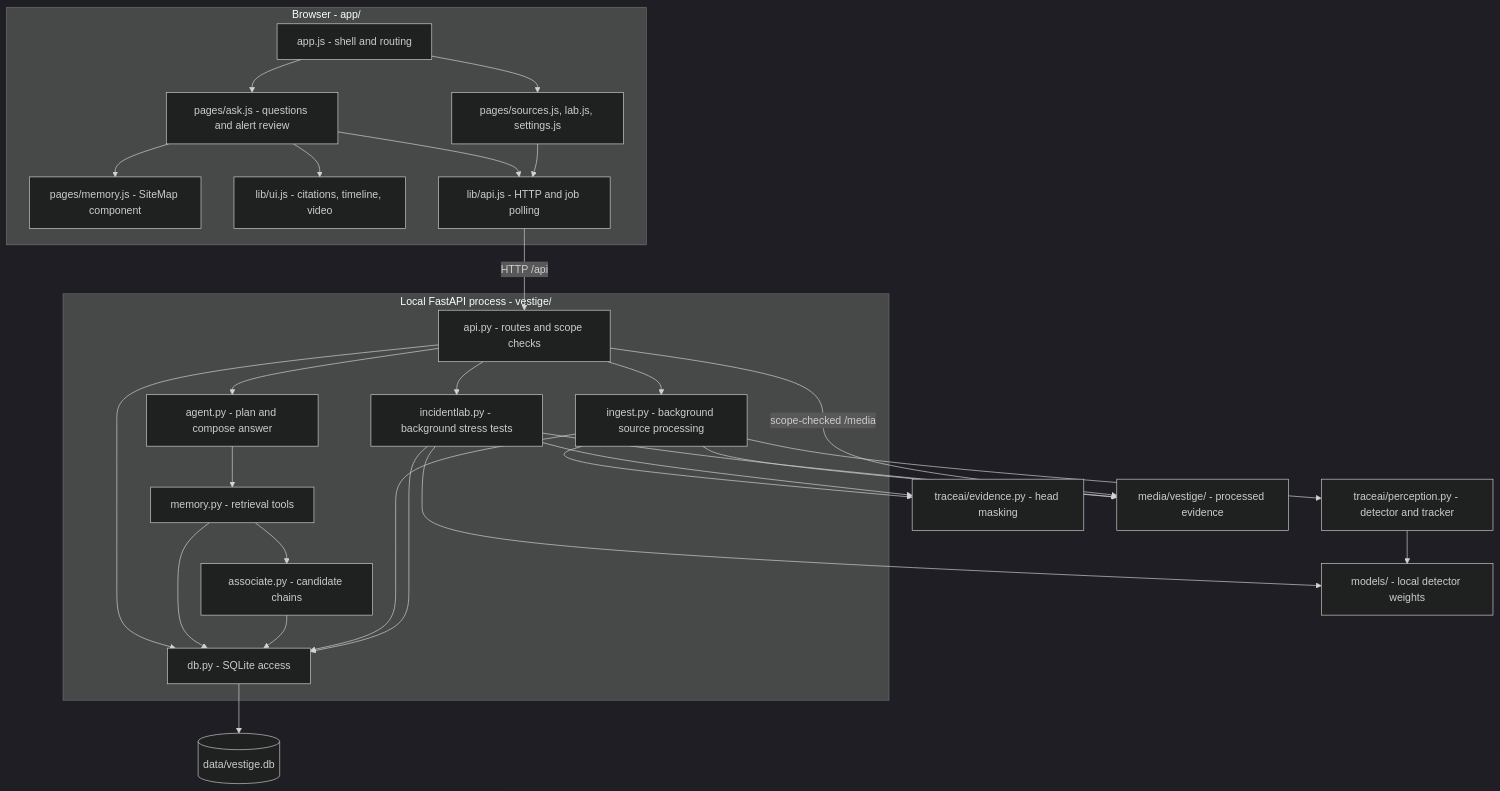
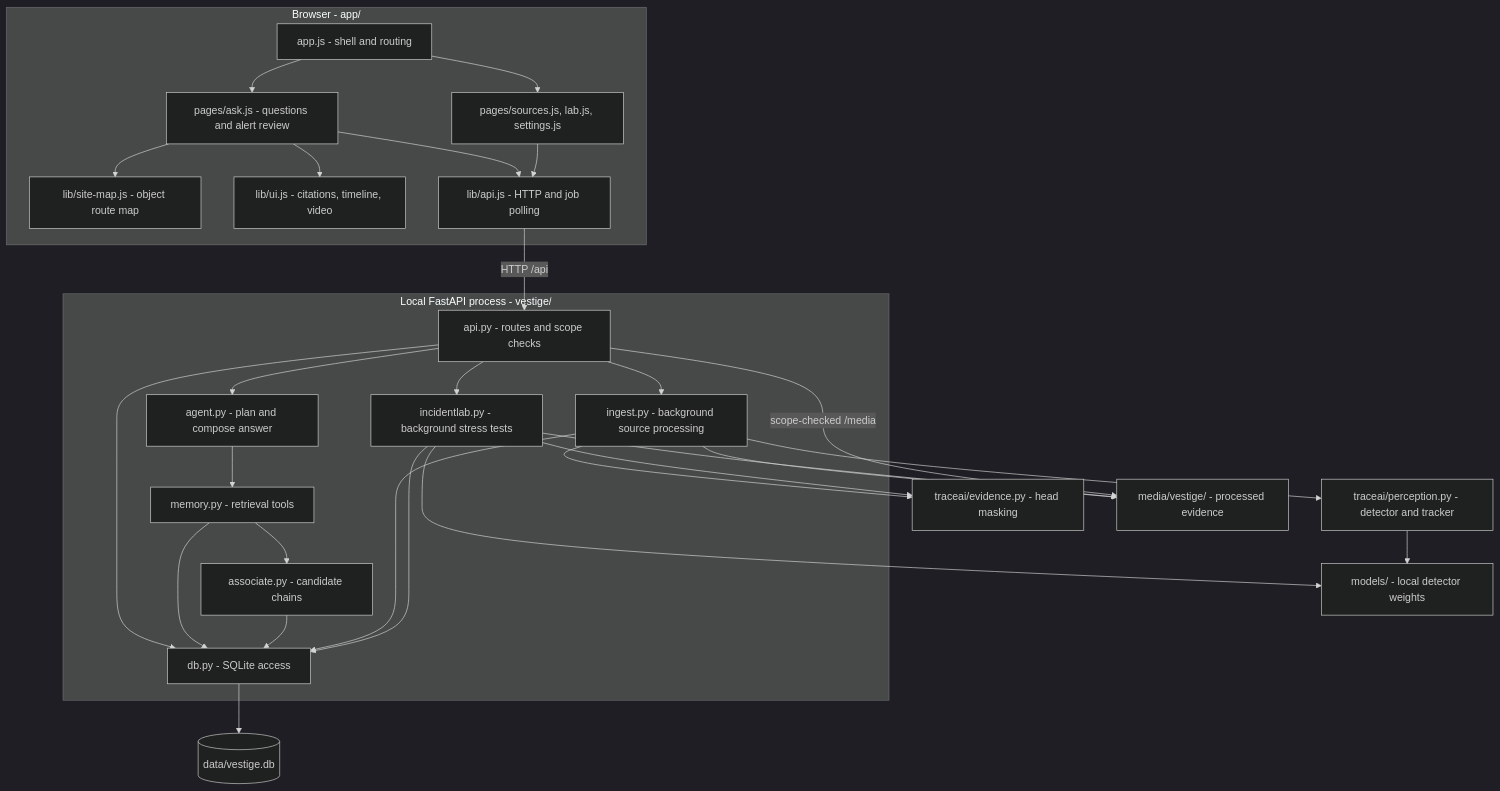
One commit to AlenHsiaoWeiLun/trace-ugen changed the first of 2 diagrams in docs/ARCHITECTURE.md. Above: the diagram before and after it, drawn with Mermaid (dark theme). The commit also changed other lines of this file and 56 other files, not shown here.

````diff
--- a/docs/ARCHITECTURE.md
+++ b/docs/ARCHITECTURE.md
@@ -13,34 +13,34 @@
 ```mermaid
 flowchart TB
     subgraph Browser[Browser - app/]
         Shell[app.js - shell and routing] --> Ask[pages/ask.js - questions and alert review]
         Shell --> Admin[pages/sources.js, lab.js, settings.js]
-        Ask --> Map[pages/memory.js - SiteMap component]
+        Ask --> Map[lib/site-map.js - object route map]
         Ask --> UI[lib/ui.js - citations, timeline, video]
         Ask --> Client[lib/api.js - HTTP and job polling]
         Admin --> Client
     end
     subgraph Server[Local FastAPI process - vestige/]
         API[api.py - routes and scope checks]
         API --> Agent[agent.py - plan and compose answer]
         Agent --> Memory[memory.py - retrieval tools]
         Memory --> Assoc[associate.py - candidate chains]
         API --> Ingest[ingest.py - background source processing]
         API --> Lab[incidentlab.py - background stress tests]
         API --> DB[db.py - SQLite access]
         Memory --> DB
         Assoc --> DB
         Ingest --> DB
         Lab --> DB
     end
     Client -->|HTTP /api| API
     Ingest --> Perception[traceai/perception.py - detector and tracker]
     Ingest --> Mask[traceai/evidence.py - head masking]
     Lab --> Mask
     Perception --> Weights[models/ - local detector weights]
     Lab --> Weights
     Ingest --> Files[media/vestige/ - processed evidence]
     Lab --> Files
     DB --> Store[(data/vestige.db)]
     API -->|scope-checked /media| Files
 ```
````
